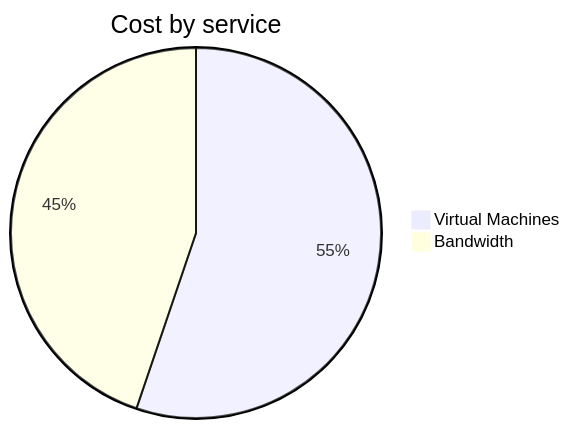
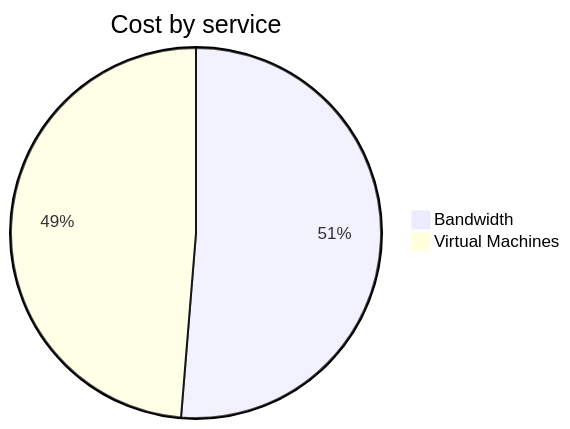
The second of 4 diagrams in cost-reports/personal-network/vpn-server.md (jpfulton/azure-personal-reports), drawn with Mermaid before and after one commit. The commit also changed other lines of this file and 8 other files, not shown here.

````diff
--- a/cost-reports/personal-network/vpn-server.md
+++ b/cost-reports/personal-network/vpn-server.md
@@ -94,6 +94,6 @@
 ```mermaid
 pie
    title Cost by service
-   "Virtual Machines" : 5.09
-   "Bandwidth" : 4.13
+   "Bandwidth" : 5.57
+   "Virtual Machines" : 5.29
 ```
````
